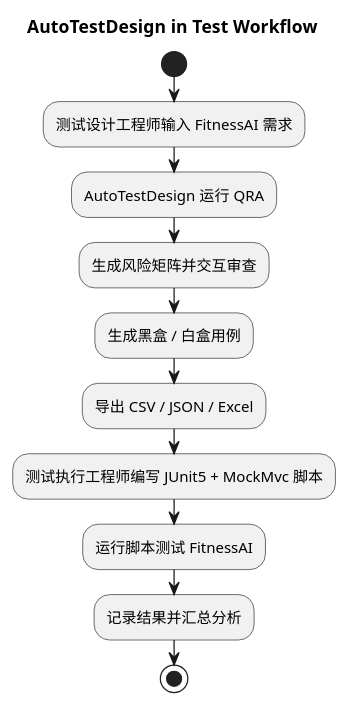
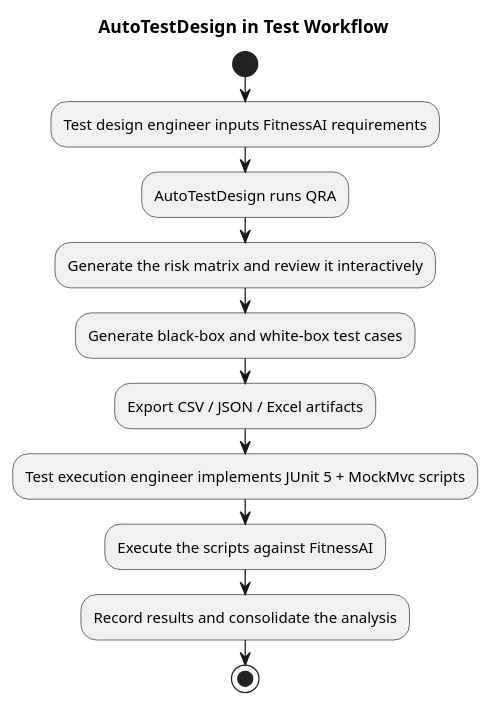
Before and after one commit to Crohkles/Software-Test-Assignment: the diagram in 文档/image/test_plan_tool_workflow.puml, drawn with PlantUML. The commit also changed 18 other files, not shown here.

```diff
--- a/文档/image/test_plan_tool_workflow.puml
+++ b/文档/image/test_plan_tool_workflow.puml
@@ -1,18 +1,18 @@
 @startuml
 title AutoTestDesign in Test Workflow
 
 skinparam backgroundColor transparent
 skinparam shadowing false
 
 start
-:测试设计工程师输入 FitnessAI 需求;
-:AutoTestDesign 运行 QRA;
-:生成风险矩阵并交互审查;
-:生成黑盒 / 白盒用例;
-:导出 CSV / JSON / Excel;
-:测试执行工程师编写 JUnit5 + MockMvc 脚本;
-:运行脚本测试 FitnessAI;
-:记录结果并汇总分析;
+:Test design engineer inputs FitnessAI requirements;
+:AutoTestDesign runs QRA;
+:Generate the risk matrix and review it interactively;
+:Generate black-box and white-box test cases;
+:Export CSV / JSON / Excel artifacts;
+:Test execution engineer implements JUnit 5 + MockMvc scripts;
+:Execute the scripts against FitnessAI;
+:Record results and consolidate the analysis;
 stop
 
 @enduml
```
